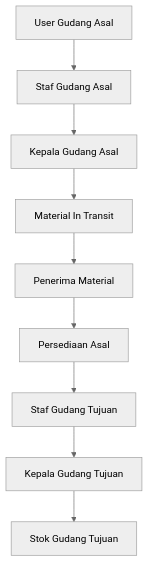
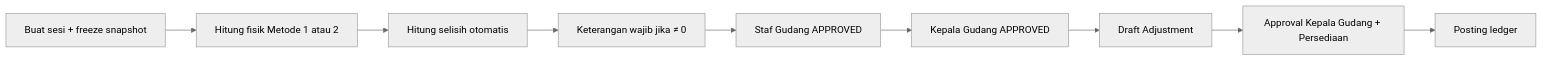
Before and after one commit to zuhrisaifudin/inv: the fourth of 5 diagrams in rancangan-aplikasi-persediaan-gudang.md, drawn with Mermaid (neutral theme). The commit also changed other lines of this file, not shown here.

````diff
--- a/rancangan-aplikasi-persediaan-gudang.md
+++ b/rancangan-aplikasi-persediaan-gudang.md
@@ -426,11 +523,11 @@
 ```mermaid
-flowchart TB
-    U["User Gudang Asal"] --> SA["Staf Gudang Asal"]
-    SA --> KA["Kepala Gudang Asal"]
-    KA --> T["Material In Transit"]
-    T --> PR["Penerima Material"]
-    PR --> PA["Persediaan Asal"]
-    PA --> ST["Staf Gudang Tujuan"]
-    ST --> KT["Kepala Gudang Tujuan"]
-    KT --> D["Stok Gudang Tujuan"]
+flowchart LR
+    A["Buat sesi + freeze snapshot"] --> B["Hitung fisik Metode 1 atau 2"]
+    B --> C["Hitung selisih otomatis"]
+    C --> D["Keterangan wajib jika ≠ 0"]
+    D --> E["Staf Gudang APPROVED"]
+    E --> F["Kepala Gudang APPROVED"]
+    F --> G["Draft Adjustment"]
+    G --> H["Approval Kepala Gudang + Persediaan"]
+    H --> I["Posting ledger"]
 ```
````
